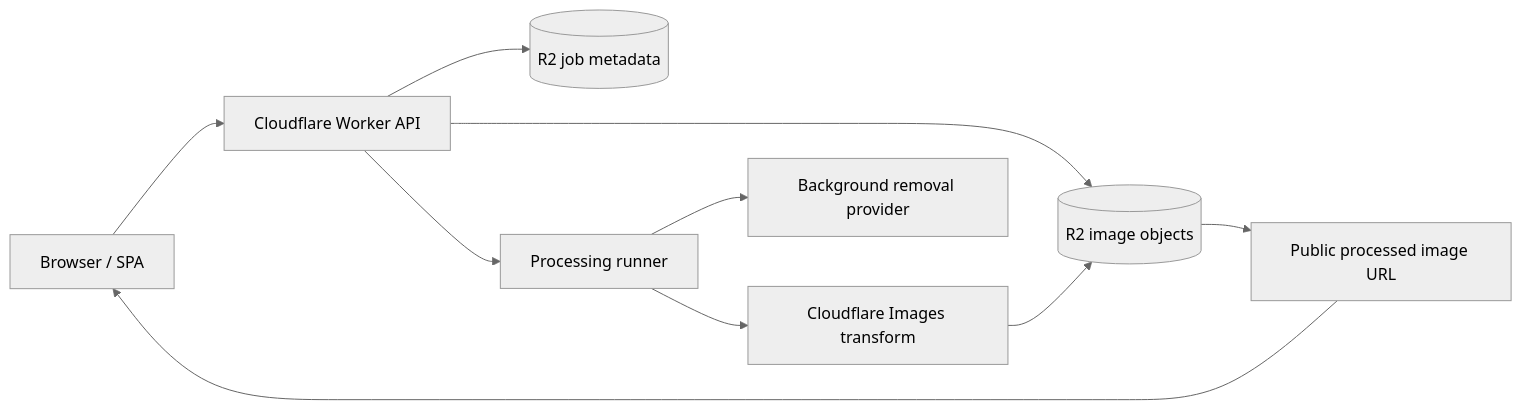
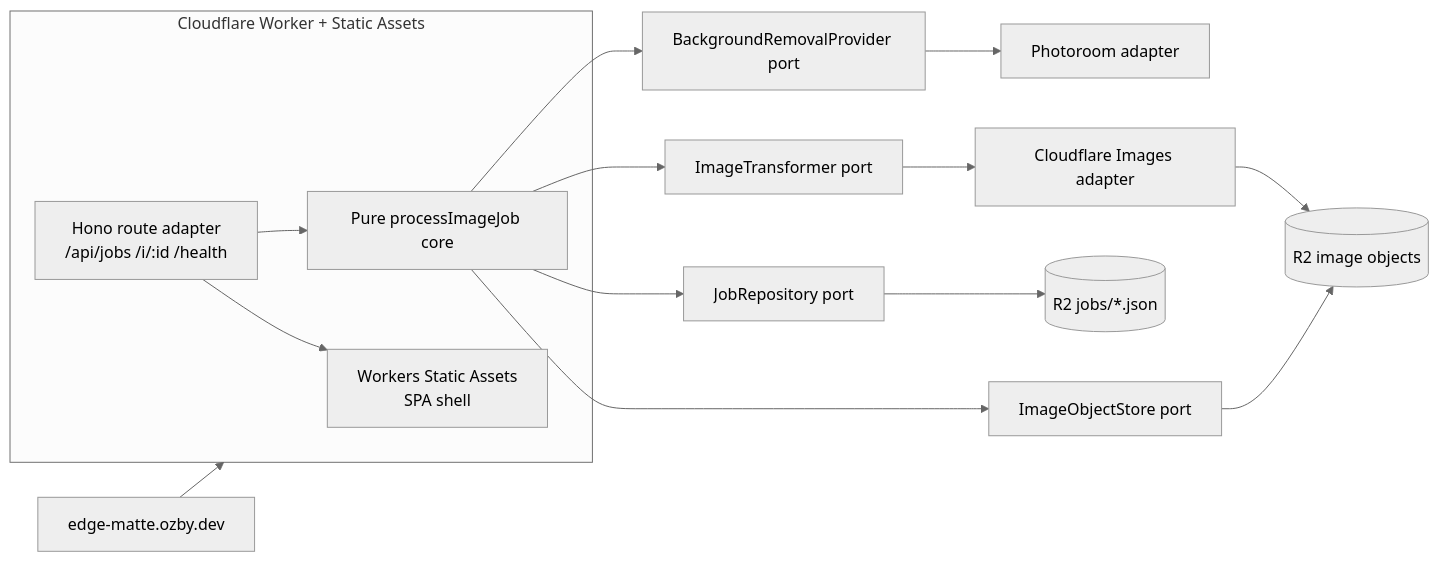
The first of 10 diagrams in docs/architecture.md (ozby/edge-matte), drawn with Mermaid (neutral theme) before and after one commit. The commit also changed other lines of this file and 7 other files, not shown here.

First line of the commit message:
Make architecture drift visible before docs and plans diverge

````diff
--- a/docs/architecture.md
+++ b/docs/architecture.md
@@ -18,12 +20,23 @@
 ```mermaid
 flowchart LR
-    UI[Browser / SPA] --> API[Cloudflare Worker API]
-    API --> JOBS[(R2 job metadata)]
-    API --> BLOBS[(R2 image objects)]
-    API --> RUNNER[Processing runner]
-    RUNNER --> BG[Background removal provider]
-    RUNNER --> IMG[Cloudflare Images transform]
-    IMG --> BLOBS
-    BLOBS --> URL[Public processed image URL]
-    URL --> UI
+    DOMAIN[edge-matte.ozby.dev] --> WORKER[Cloudflare Worker]
+
+    subgraph WORKER[Cloudflare Worker + Static Assets]
+        ASSETS[Workers Static Assets<br/>SPA shell]
+        ROUTES[Hono route adapter<br/>/api/jobs /i/:id /health]
+        CORE[Pure processImageJob core]
+        ROUTES --> CORE
+        ROUTES --> ASSETS
+    end
+
+    CORE --> BGPORT[BackgroundRemovalProvider port]
+    CORE --> IMGPORT[ImageTransformer port]
+    CORE --> JOBPORT[JobRepository port]
+    CORE --> STOREPORT[ImageObjectStore port]
+
+    BGPORT --> PHOTOROOM[Photoroom adapter]
+    IMGPORT --> CFIMG[Cloudflare Images adapter]
+    JOBPORT --> R2[(R2 jobs/*.json)]
+    STOREPORT --> R2BLOBS[(R2 image objects)]
+    CFIMG --> R2BLOBS
 ```
````
